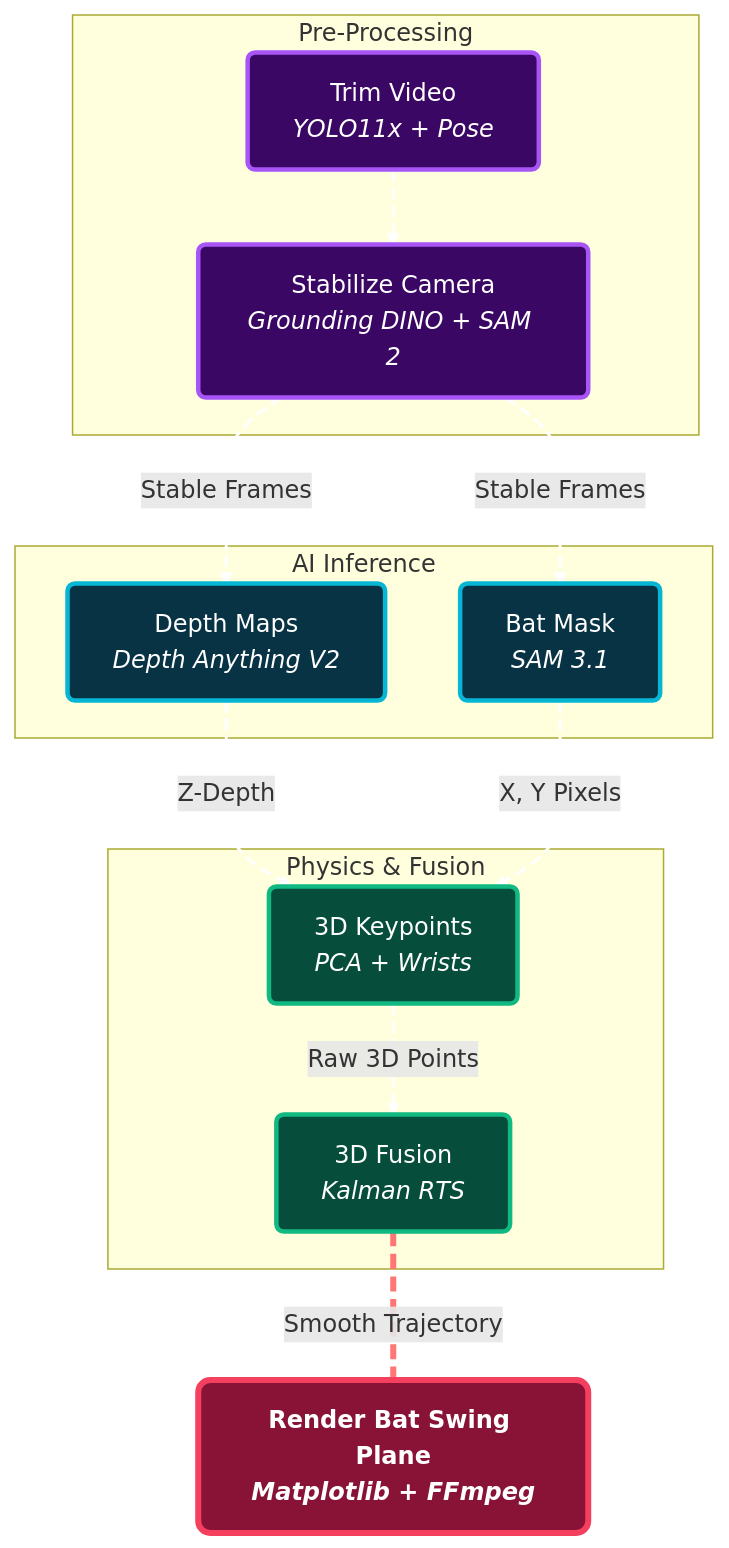
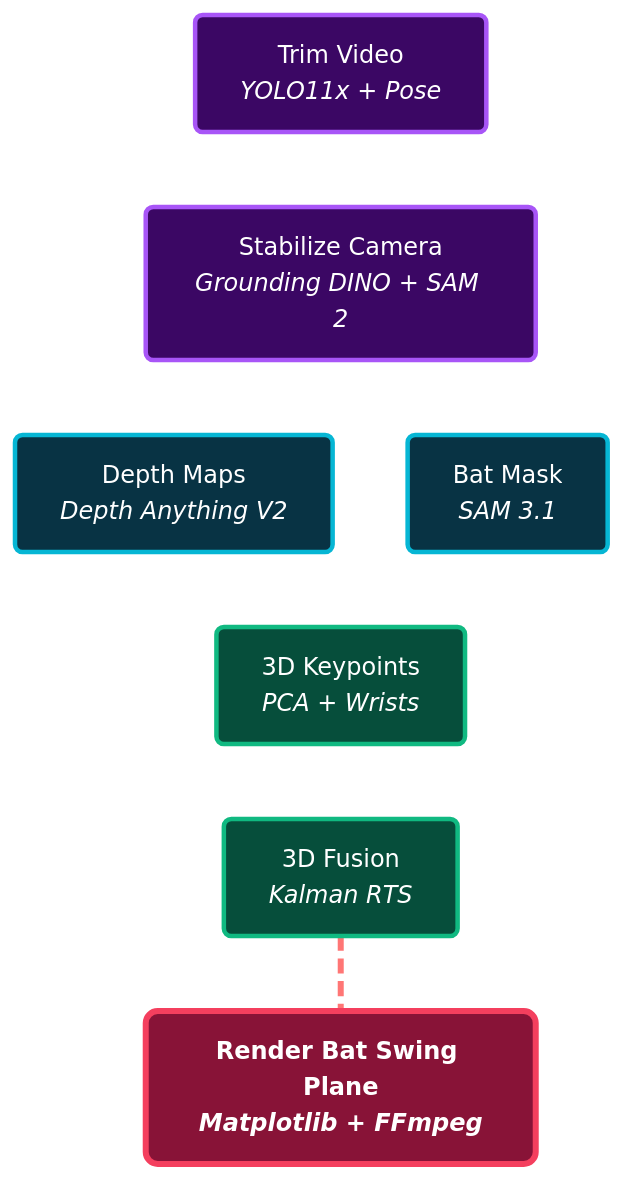
The fifth of 5 diagrams in pipeline_diagrams.md (adnanmsk/blog_privew), drawn with Mermaid before and after one commit.

Commit message:
Remove subgraphs and link labels from Option 5 to eliminate gray background boxes

````diff
--- a/pipeline_diagrams.md
+++ b/pipeline_diagrams.md
@@ -150,29 +150,24 @@
 ```mermaid
 graph TD
     %% Custom Premium Styles
     classDef prep fill:#3b0764,stroke:#a855f7,color:#fff,stroke-width:3px,rx:5px,ry:5px;
     classDef infer fill:#083344,stroke:#06b6d4,color:#fff,stroke-width:3px,rx:5px,ry:5px;
     classDef phys fill:#064e3b,stroke:#10b981,color:#fff,stroke-width:3px,rx:5px,ry:5px;
     classDef out fill:#881337,stroke:#f43f5e,color:#fff,stroke-width:4px,rx:8px,ry:8px,font-weight:bold;
 
-    subgraph Pre-Processing
-        T["Trim Video<br><i>YOLO11x + Pose</i>"]:::prep --> S["Stabilize Camera<br><i>Grounding DINO + SAM 2</i>"]:::prep
-    end
+    T["Trim Video<br><i>YOLO11x + Pose</i>"]:::prep --> S["Stabilize Camera<br><i>Grounding DINO + SAM 2</i>"]:::prep
     
-    subgraph AI Inference
-        S -- "Stable Frames" --> D["Depth Maps<br><i>Depth Anything V2</i>"]:::infer
-        S -- "Stable Frames" --> Seg["Bat Mask<br><i>SAM 3.1</i>"]:::infer
-    end
+    S --> D["Depth Maps<br><i>Depth Anything V2</i>"]:::infer
+    S --> Seg["Bat Mask<br><i>SAM 3.1</i>"]:::infer
     
-    subgraph Physics & Fusion
-        D -- "Z-Depth" --> K["3D Keypoints<br><i>PCA + Wrists</i>"]:::phys
-        Seg -- "X, Y Pixels" --> K
-        K -- "Raw 3D Points" --> F["3D Fusion<br><i>Kalman RTS</i>"]:::phys
-    end
+    D --> K["3D Keypoints<br><i>PCA + Wrists</i>"]:::phys
+    Seg --> K
     
-    F == "Smooth Trajectory" === R["Render Bat Swing Plane<br><i>Matplotlib + FFmpeg</i>"]:::out
+    K --> F["3D Fusion<br><i>Kalman RTS</i>"]:::phys
+    
+    F === R["Render Bat Swing Plane<br><i>Matplotlib + FFmpeg</i>"]:::out
 
     %% Animation like Option 3
     linkStyle 0,1,2,3,4,5 stroke:#fff,stroke-width:2px,stroke-dasharray: 8 4;
     linkStyle 6 stroke:#ff7675,stroke-width:4px,stroke-dasharray: 10 5;
 ```
````
